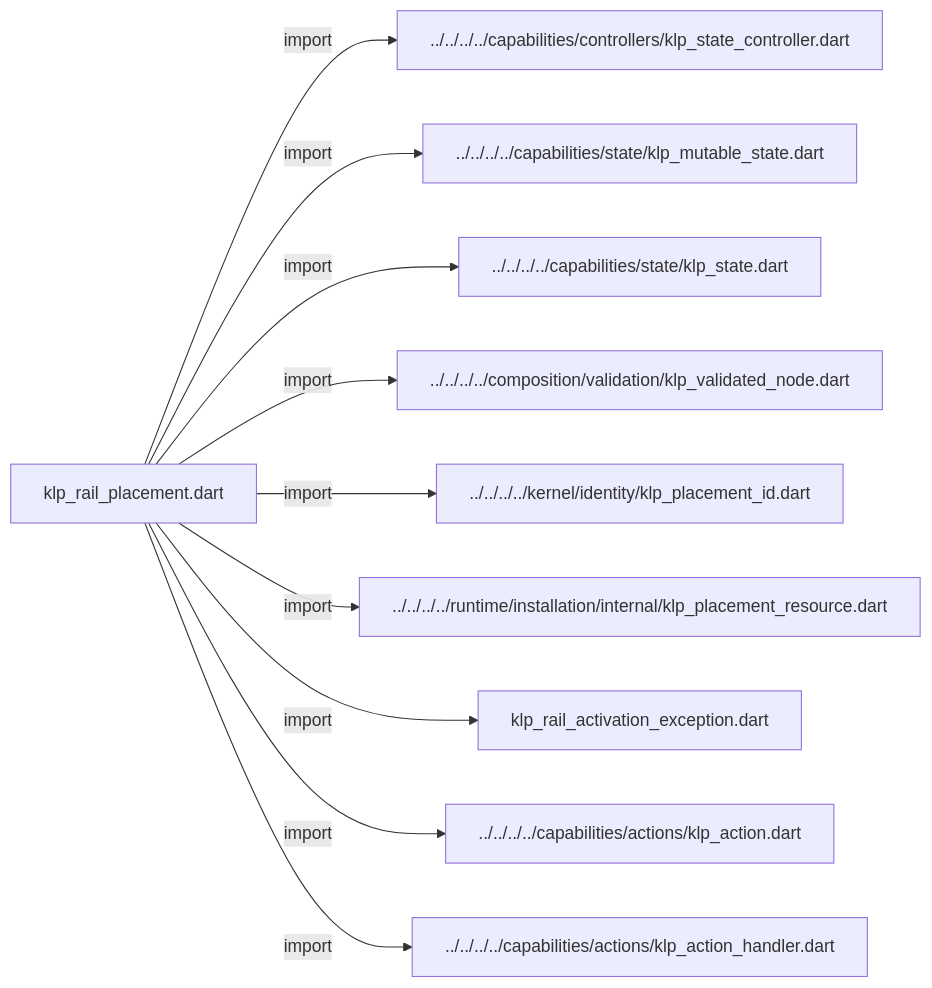
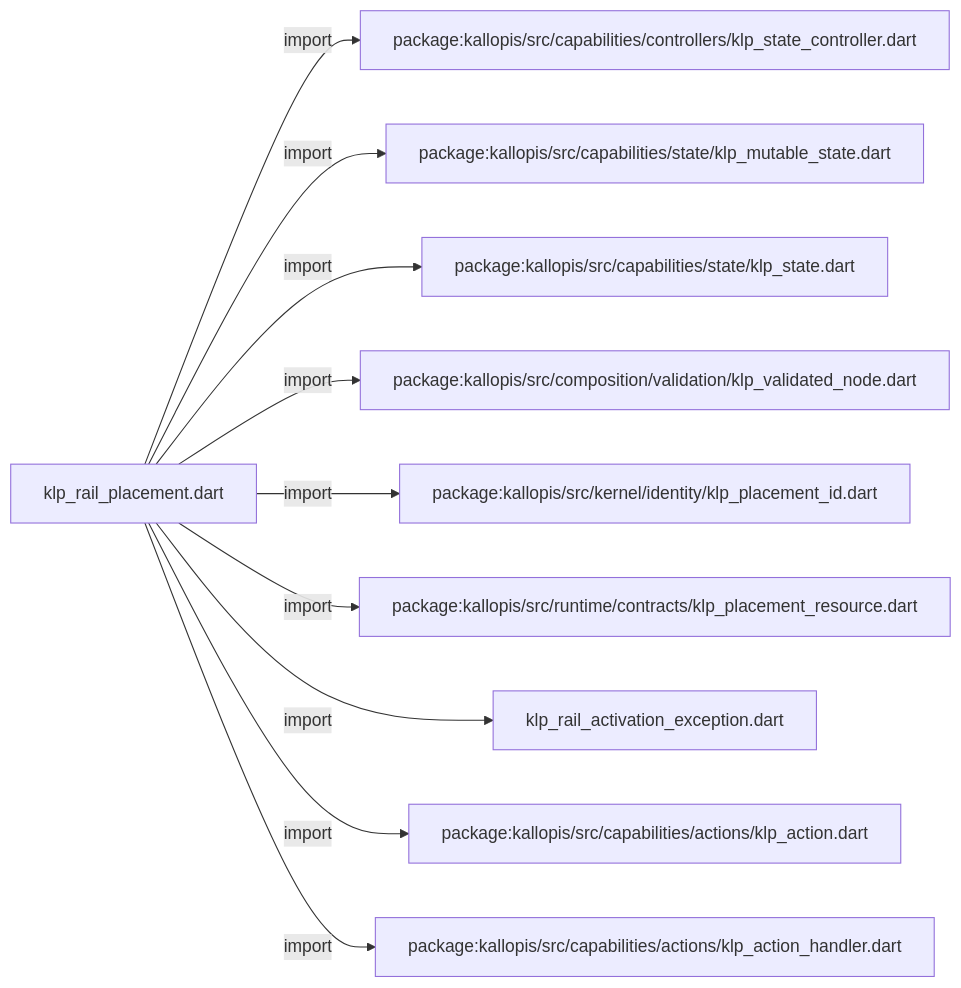
One commit to MiuDog/Kallopis changed the first of 3 diagrams in docs/architecture/src/features/navigation/rail/internal/klp_rail_placement.md. Above: the diagram before and after it, drawn with Mermaid. The commit also changed other lines of this file and 9688 other files, not shown here.

Commit message:
Prepare isolated Flow F2 peer baseline

````diff
--- a/docs/architecture/src/features/navigation/rail/internal/klp_rail_placement.md
+++ b/docs/architecture/src/features/navigation/rail/internal/klp_rail_placement.md
@@ -11,22 +11,22 @@
 ```mermaid
 flowchart LR
 	n0["klp_rail_placement.dart"]
-	n1["../../../../capabilities/controllers/klp_state_controller.dart"]
-	n2["../../../../capabilities/state/klp_mutable_state.dart"]
-	n3["../../../../capabilities/state/klp_state.dart"]
-	n4["../../../../composition/validation/klp_validated_node.dart"]
-	n5["../../../../kernel/identity/klp_placement_id.dart"]
-	n6["../../../../runtime/installation/internal/klp_placement_resource.dart"]
+	n1["package:kallopis/src/capabilities/controllers/klp_state_controller.dart"]
+	n2["package:kallopis/src/capabilities/state/klp_mutable_state.dart"]
+	n3["package:kallopis/src/capabilities/state/klp_state.dart"]
+	n4["package:kallopis/src/composition/validation/klp_validated_node.dart"]
+	n5["package:kallopis/src/kernel/identity/klp_placement_id.dart"]
+	n6["package:kallopis/src/runtime/contracts/klp_placement_resource.dart"]
 	n7["klp_rail_activation_exception.dart"]
-	n8["../../../../capabilities/actions/klp_action.dart"]
-	n9["../../../../capabilities/actions/klp_action_handler.dart"]
+	n8["package:kallopis/src/capabilities/actions/klp_action.dart"]
+	n9["package:kallopis/src/capabilities/actions/klp_action_handler.dart"]
 	n0 -->|"import"| n1
 	n0 -->|"import"| n2
 	n0 -->|"import"| n3
 	n0 -->|"import"| n4
 	n0 -->|"import"| n5
 	n0 -->|"import"| n6
 	n0 -->|"import"| n7
 	n0 -->|"import"| n8
 	n0 -->|"import"| n9
 ```
````
